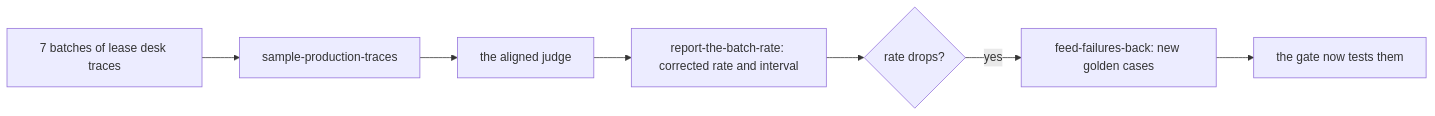
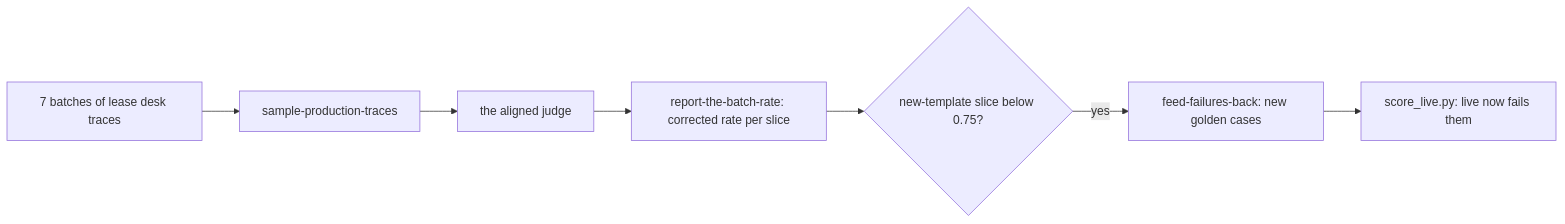
The diagram in parts/05-watch-production/README.md (learnwithparam/evals-for-engineers), drawn with Mermaid before and after one commit. The commit also changed other lines of this file and 53 other files, not shown here.

````diff
--- a/parts/05-watch-production/README.md
+++ b/parts/05-watch-production/README.md
@@ -15,9 +15,9 @@
 ```mermaid
 flowchart LR
   P[7 batches of lease desk traces] --> S[sample-production-traces]
   S --> J[the aligned judge]
-  J --> R[report-the-batch-rate: corrected rate and interval]
-  R --> A{rate drops?}
+  J --> R[report-the-batch-rate: corrected rate per slice]
+  R --> A{new-template slice below 0.75?}
   A -- yes --> F[feed-failures-back: new golden cases]
-  F --> G[the gate now tests them]
+  F --> G[score_live.py: live now fails them]
 ```
````
